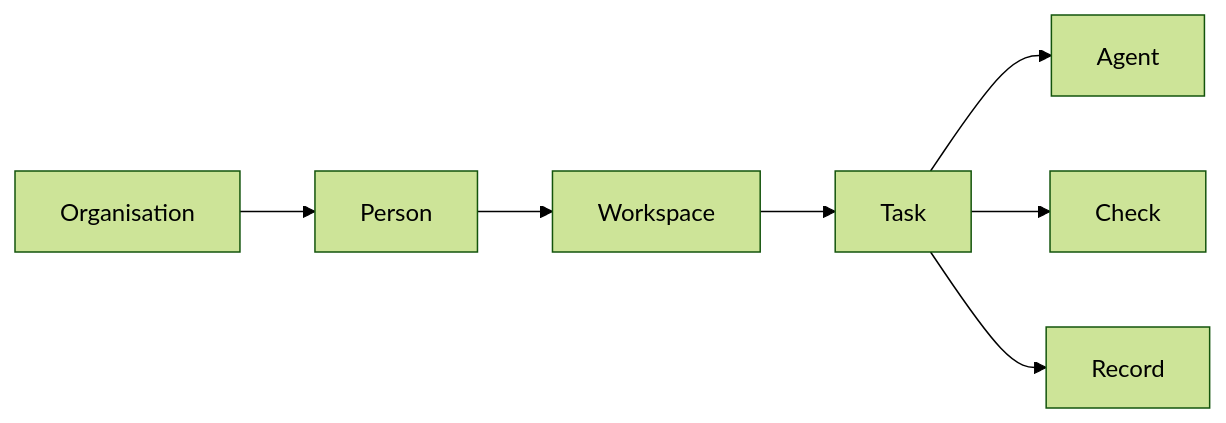
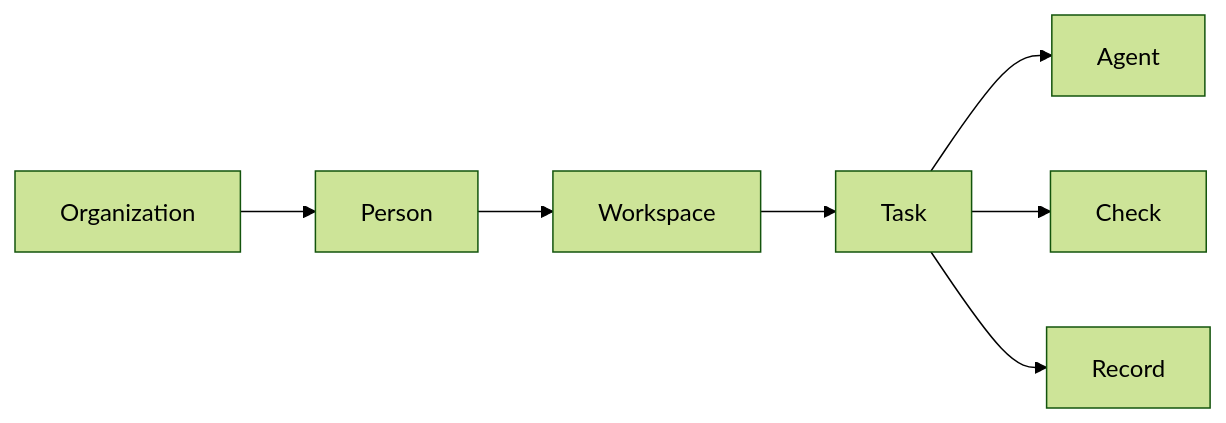
One commit to getlatentic/gusto changed the first of 5 diagrams in docs/ARCHITECTURE.md. Above: the diagram before and after it, drawn with Mermaid (forest theme). The commit also changed other lines of this file and 308 other files, not shown here.

````diff
--- a/docs/ARCHITECTURE.md
+++ b/docs/ARCHITECTURE.md
@@ -18,9 +18,9 @@
 ```mermaid
 flowchart LR
-  O[Organisation] --> P[Person]
+  O[Organization] --> P[Person]
   P --> W[Workspace]
   W --> T[Task]
   T --> A[Agent]
   T --> C[Check]
   T --> R[Record]
 ```
````
